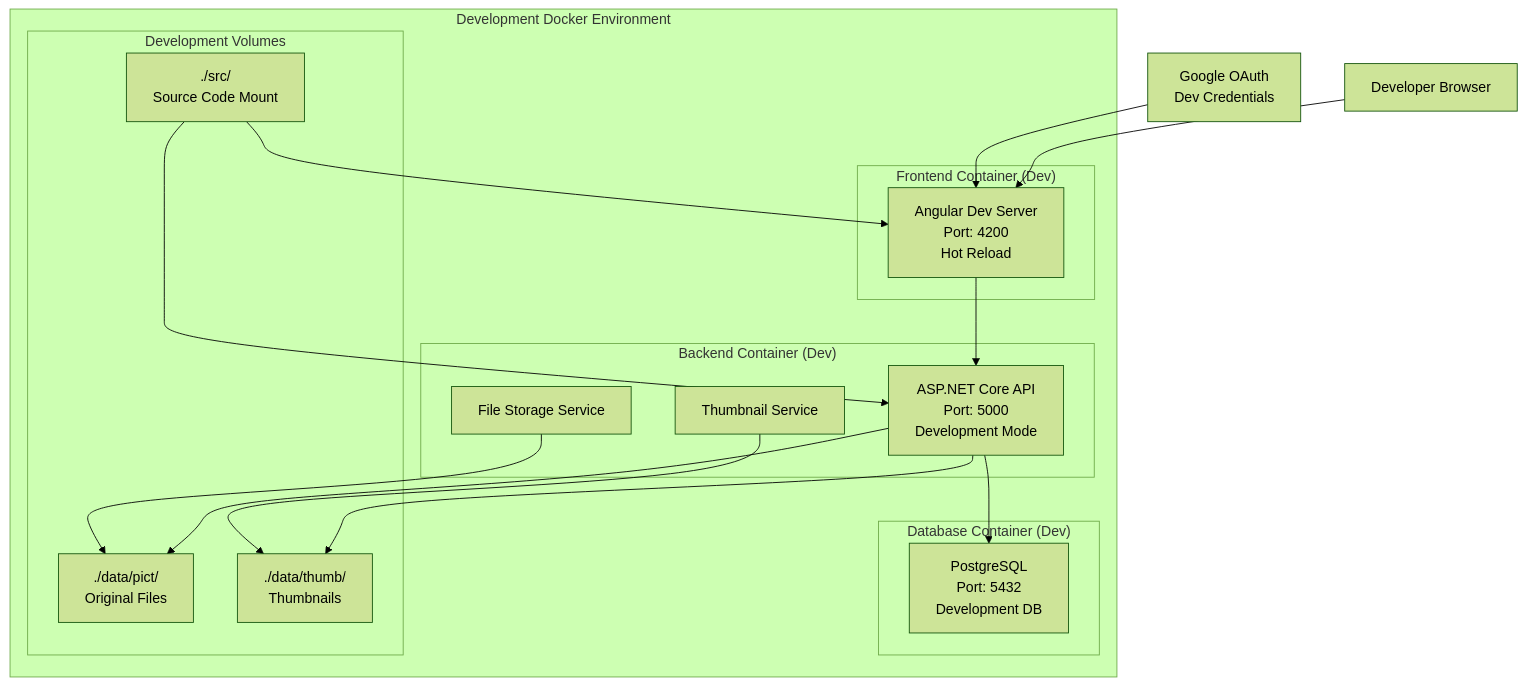
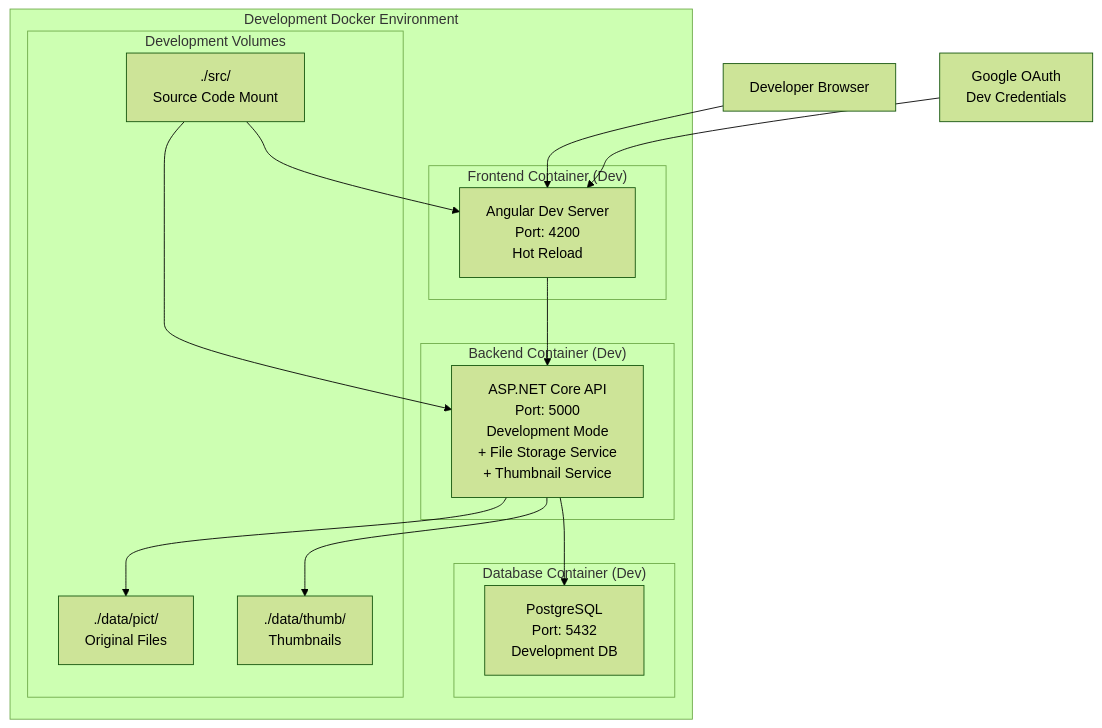
One commit to NoriyukiYagi/kiro-album-app changed the first of 2 diagrams in .kiro/specs/album-app/design.md. Above: the diagram before and after it, drawn with Mermaid (forest theme). The commit also changed other lines of this file, not shown here.

Commit message:
システム構成図の『File Storage Service』、『Thumbnail Service』は、ASP.NET Core APIに含まれるのであれば、不要なのでは？

````diff
--- a/.kiro/specs/album-app/design.md
+++ b/.kiro/specs/album-app/design.md
@@ -13,35 +13,31 @@
 ```mermaid
 graph TB
     subgraph "Development Docker Environment"
         subgraph "Frontend Container (Dev)"
             A[Angular Dev Server<br/>Port: 4200<br/>Hot Reload]
         end
         
         subgraph "Backend Container (Dev)"
-            B[ASP.NET Core API<br/>Port: 5000<br/>Development Mode]
-            C[File Storage Service]
-            D[Thumbnail Service]
+            B[ASP.NET Core API<br/>Port: 5000<br/>Development Mode<br/>+ File Storage Service<br/>+ Thumbnail Service]
         end
         
         subgraph "Database Container (Dev)"
             E[PostgreSQL<br/>Port: 5432<br/>Development DB]
         end
         
         subgraph "Development Volumes"
             F[./data/pict/<br/>Original Files]
             G[./data/thumb/<br/>Thumbnails]
             H[./src/<br/>Source Code Mount]
         end
     end
     
     I[Developer Browser] --> A
     J[Google OAuth<br/>Dev Credentials] --> A
     A --> B
     B --> E
     B --> F
     B --> G
-    C --> F
-    D --> G
     H --> A
     H --> B
 ```
````
